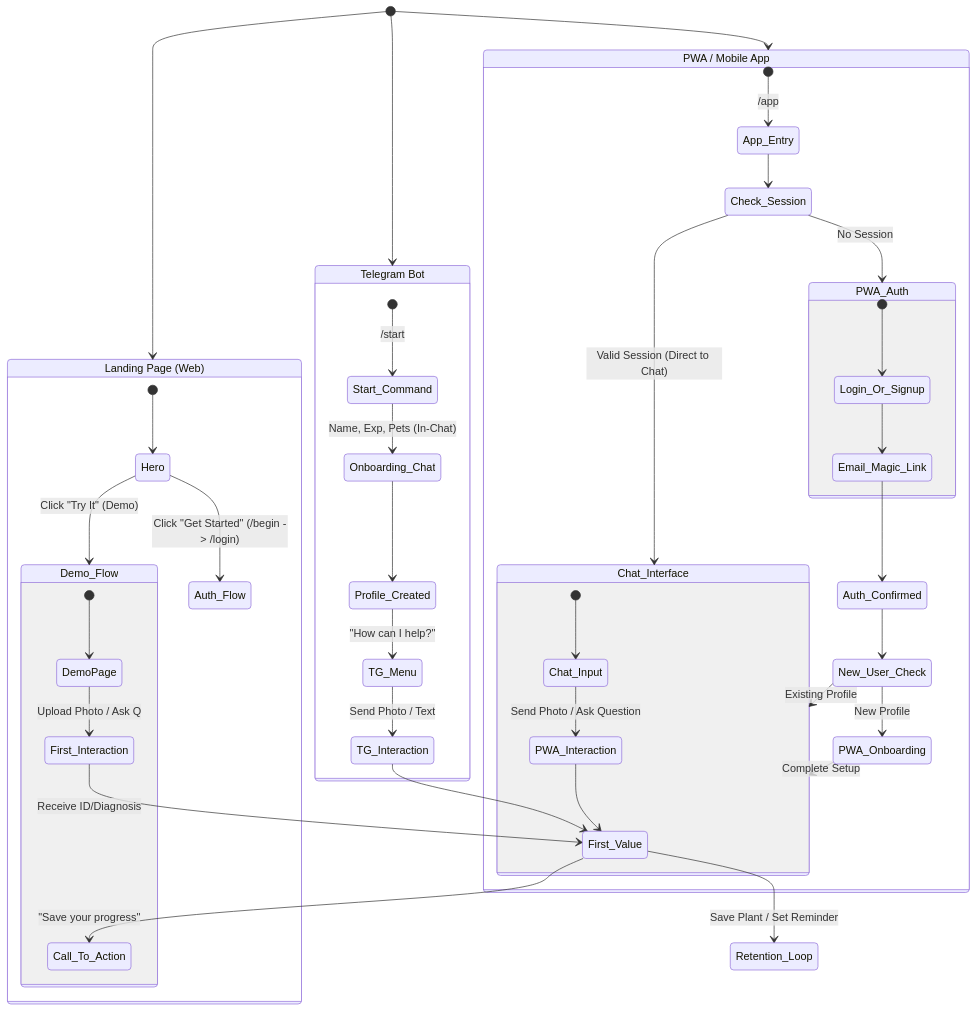
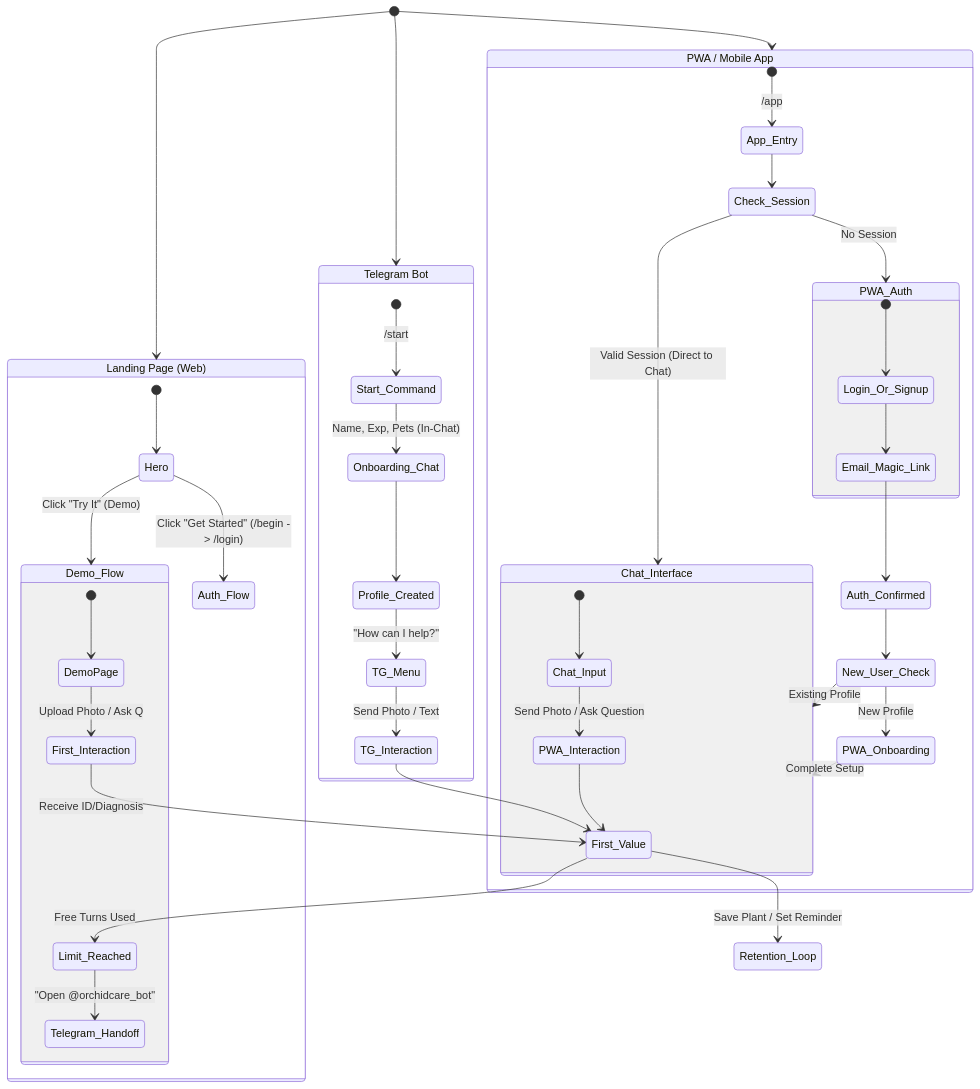
The first of 5 diagrams in docs/DIAGRAMS.md (masudl-hub/orchidcare), drawn with Mermaid before and after one commit. The commit also changed other lines of this file, not shown here.

First line of the commit message:
Add comprehensive technical diagrams to docs/DIAGRAMS.md

````diff
--- a/docs/DIAGRAMS.md
+++ b/docs/DIAGRAMS.md
@@ -9,59 +9,60 @@
 ```mermaid
 stateDiagram-v2
     state "Landing Page (Web)" as Landing
     state "Telegram Bot" as Telegram
     state "PWA / Mobile App" as PWA
 
     [*] --> Landing
     [*] --> Telegram
     [*] --> PWA
 
     state Landing {
         [*] --> Hero
         Hero --> Demo_Flow: Click "Try It" (Demo)
         Hero --> Auth_Flow: Click "Get Started" (/begin -> /login)
 
         state Demo_Flow {
             [*] --> DemoPage
             DemoPage --> First_Interaction: Upload Photo / Ask Q
             First_Interaction --> First_Value: Receive ID/Diagnosis
-            First_Value --> Call_To_Action: "Save your progress"
+            First_Value --> Limit_Reached: Free Turns Used
+            Limit_Reached --> Telegram_Handoff: "Open @orchidcare_bot"
         }
     }
 
     state Telegram {
         [*] --> Start_Command: /start
         Start_Command --> Onboarding_Chat: Name, Exp, Pets (In-Chat)
         Onboarding_Chat --> Profile_Created
         Profile_Created --> TG_Menu: "How can I help?"
         TG_Menu --> TG_Interaction: Send Photo / Text
         TG_Interaction --> First_Value
     }
 
     state PWA {
         [*] --> App_Entry: /app
         App_Entry --> Check_Session
         Check_Session --> PWA_Auth: No Session
         Check_Session --> Chat_Interface: Valid Session (Direct to Chat)
 
         state PWA_Auth {
             [*] --> Login_Or_Signup
             Login_Or_Signup --> Email_Magic_Link
             Email_Magic_Link --> Auth_Confirmed
         }
 
         Auth_Confirmed --> New_User_Check
         New_User_Check --> PWA_Onboarding: New Profile
         New_User_Check --> Chat_Interface: Existing Profile
 
         PWA_Onboarding --> Chat_Interface: Complete Setup
 
         state Chat_Interface {
             [*] --> Chat_Input
             Chat_Input --> PWA_Interaction: Send Photo / Ask Question
             PWA_Interaction --> First_Value
         }
     }
 
     First_Value --> Retention_Loop: Save Plant / Set Reminder
 ```
````
